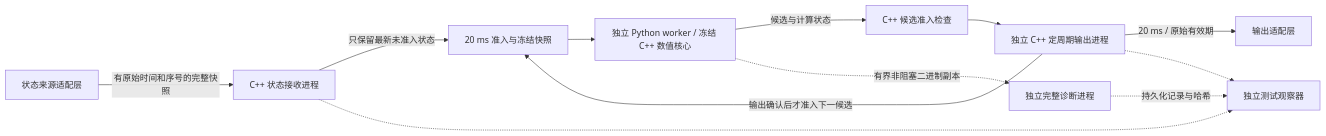
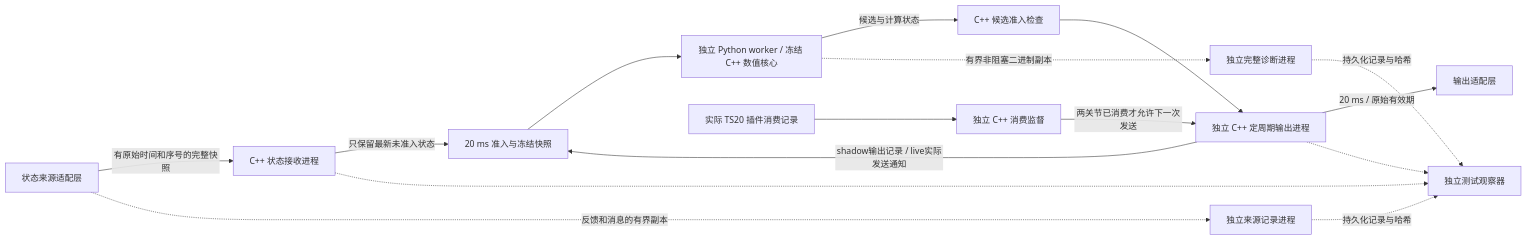
Before and after one commit to zgy-web/x650_ADRC_zgy: the diagram in docs/X650_EXECUTION_ISOLATION_AND_TEST_METHOD.md, drawn with Mermaid. The commit also changed other lines of this file and 64 other files, not shown here.

````diff
--- a/docs/X650_EXECUTION_ISOLATION_AND_TEST_METHOD.md
+++ b/docs/X650_EXECUTION_ISOLATION_AND_TEST_METHOD.md
@@ -15,14 +15,18 @@
 ```mermaid
 flowchart LR
     A[状态来源适配层] -->|有原始时间和序号的完整快照| B[C++ 状态接收进程]
     B -->|只保留最新未准入状态| C[20 ms 准入与冻结快照]
     C --> D[独立 Python worker / 冻结 C++ 数值核心]
     D -->|候选与计算状态| E[C++ 候选准入检查]
     E --> F[独立 C++ 定周期输出进程]
     F -->|20 ms / 原始有效期| G[输出适配层]
-    F -->|输出确认后才准入下一候选| C
+    F -->|shadow输出记录 / live实际发送通知| C
     D -.->|有界非阻塞二进制副本| H[独立完整诊断进程]
+    A -.->|反馈和消息的有界副本| J[独立来源记录进程]
+    K[实际 TS20 插件消费记录] --> L[独立 C++ 消费监督]
+    L -->|两关节已消费才允许下一次发送| F
     B -.-> I[独立测试观察器]
     F -.-> I
     H -.->|持久化记录与哈希| I
+    J -.->|持久化记录与哈希| I
 ```
````
